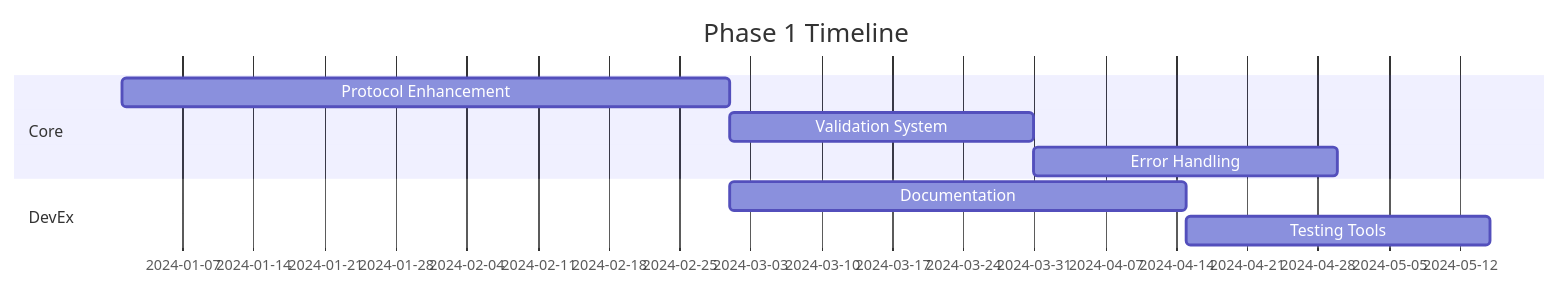
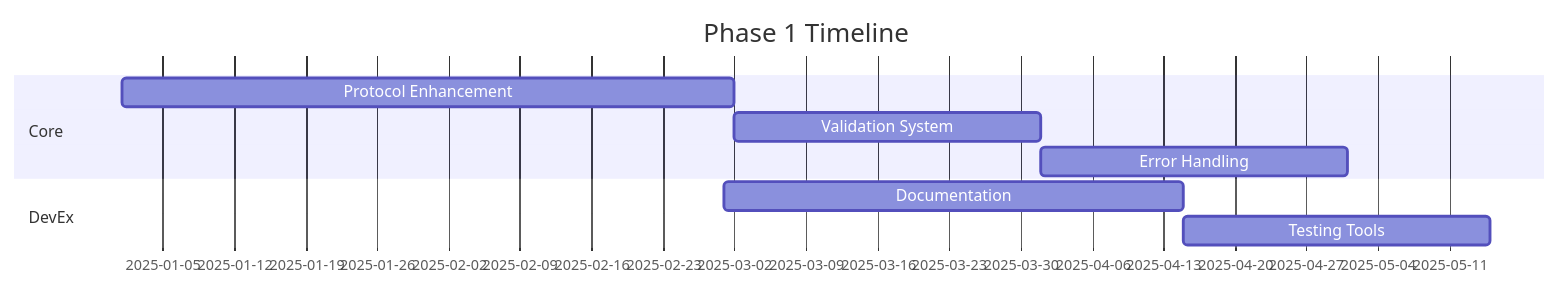
Before and after one commit to Helios-Starling/protocol: the first of 5 diagrams in docs/design/roadmap.md, drawn with Mermaid. The commit also changed other lines of this file, not shown here.

Commit message:
Updating roadmap dates

````diff
--- a/docs/design/roadmap.md
+++ b/docs/design/roadmap.md
@@ -39,12 +39,12 @@
 ```mermaid
 gantt
     title Phase 1 Timeline
     dateFormat  YYYY-MM-DD
     section Core
-    Protocol Enhancement   :2024-01-01, 60d
+    Protocol Enhancement   :2025-01-01, 60d
     Validation System     :30d
     Error Handling       :30d
     section DevEx
-    Documentation       :2024-03-01, 45d
+    Documentation       :2025-03-01, 45d
     Testing Tools      :30d
 ```
````
